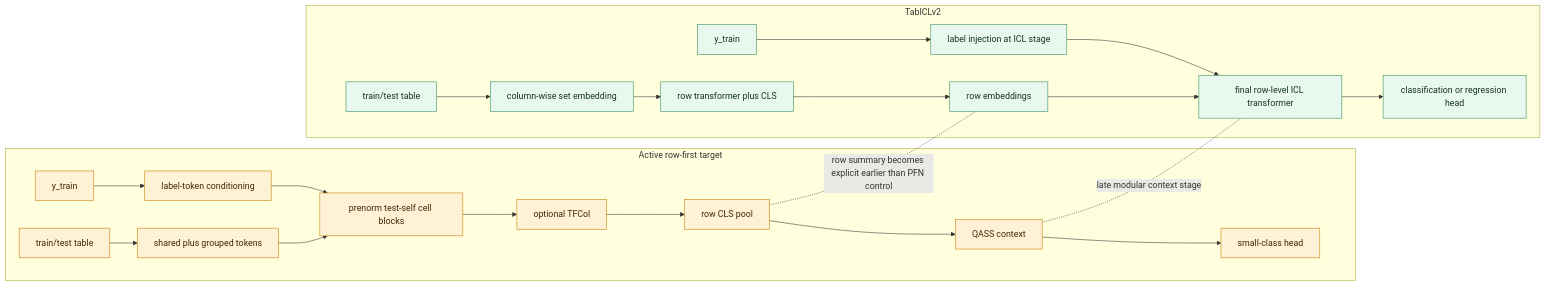
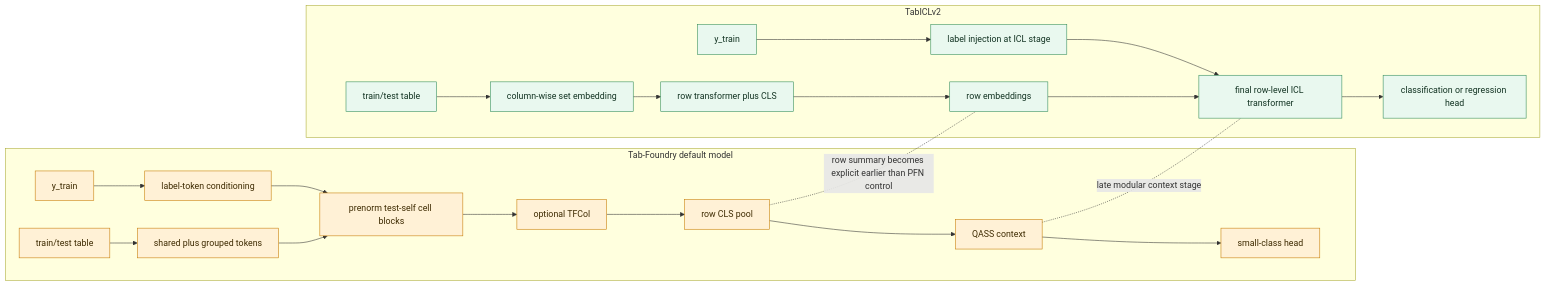
The fifth of 6 diagrams in docs/development/architecture-deltas.md (bensonlee5/tab-foundry), drawn with Mermaid before and after one commit. The commit also changed other lines of this file and 1 other file, not shown here.

````diff
--- a/docs/development/architecture-deltas.md
+++ b/docs/development/architecture-deltas.md
@@ -309,31 +396,31 @@
 ```mermaid
 flowchart LR
-    subgraph TA[Active row-first target]
+    subgraph TA[Tab-Foundry default model]
         ta_x[train/test table] --> ta_tok[shared plus grouped tokens]
         ta_y[y_train] --> ta_tc[label-token conditioning]
         ta_tok --> ta_blk[prenorm test-self cell blocks]
         ta_tc --> ta_blk
         ta_blk --> ta_col[optional TFCol]
         ta_col --> ta_pool[row CLS pool]
         ta_pool --> ta_ctx[QASS context]
         ta_ctx --> ta_head[small-class head]
     end
 
     subgraph TI[TabICLv2]
         ti_x[train/test table] --> ti_col[column-wise set embedding]
         ti_col --> ti_row[row transformer plus CLS]
         ti_row --> ti_rows[row embeddings]
         ti_y[y_train] --> ti_ctx[label injection at ICL stage]
         ti_rows --> ti_icl[final row-level ICL transformer]
         ti_ctx --> ti_icl
         ti_icl --> ti_head[classification or regression head]
     end
 
     ta_pool -. row summary becomes explicit earlier than PFN control .- ti_rows
     ta_ctx -. late modular context stage .- ti_icl
 
     classDef anchor fill:#fff1d6,stroke:#c67a00,color:#3d2a00;
     classDef tabicl fill:#e9f8ef,stroke:#2d8a57,color:#123322;
     class ta_x,ta_tok,ta_y,ta_tc,ta_blk,ta_col,ta_pool,ta_ctx,ta_head anchor;
     class ti_x,ti_col,ti_row,ti_rows,ti_y,ti_ctx,ti_icl,ti_head tabicl;
 ```
````
